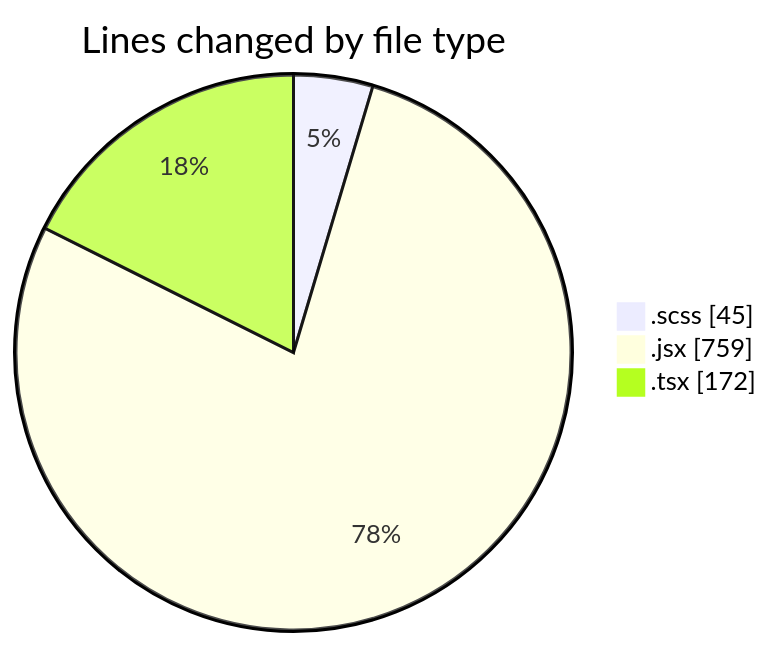
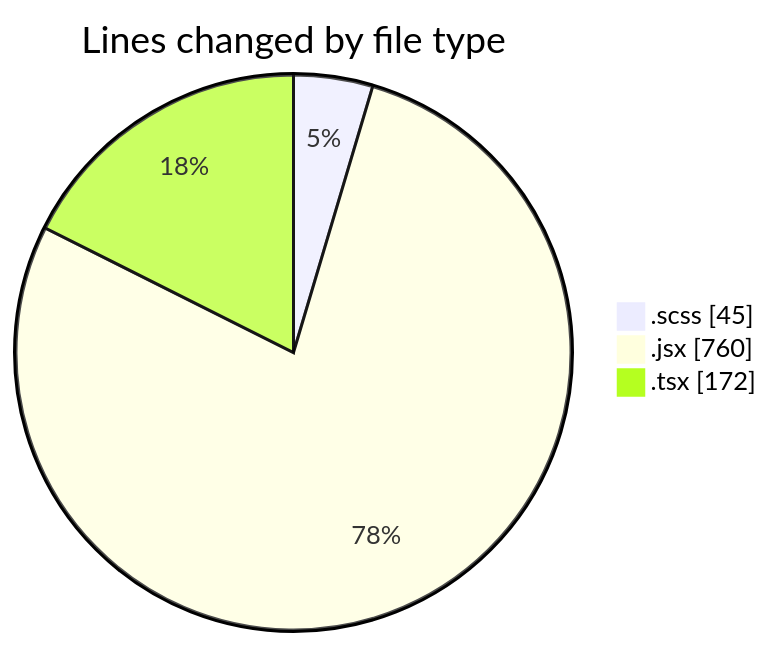
The first of 2 diagrams in 2025-06-03/cda/README.md (momahboobian/code-tracking), drawn with Mermaid before and after one commit. The commit also changed other lines of this file and 1 other file, not shown here.

````diff
--- a/2025-06-03/cda/README.md
+++ b/2025-06-03/cda/README.md
@@ -23,7 +23,7 @@
 ```mermaid
 pie showData
 title Lines changed by file type
 ".scss" : 45
-".jsx" : 759
+".jsx" : 760
 ".tsx" : 172
 ```
````
